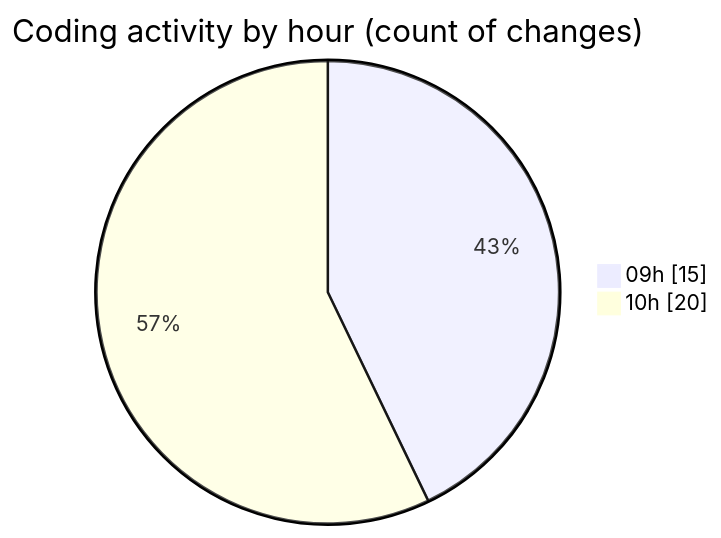
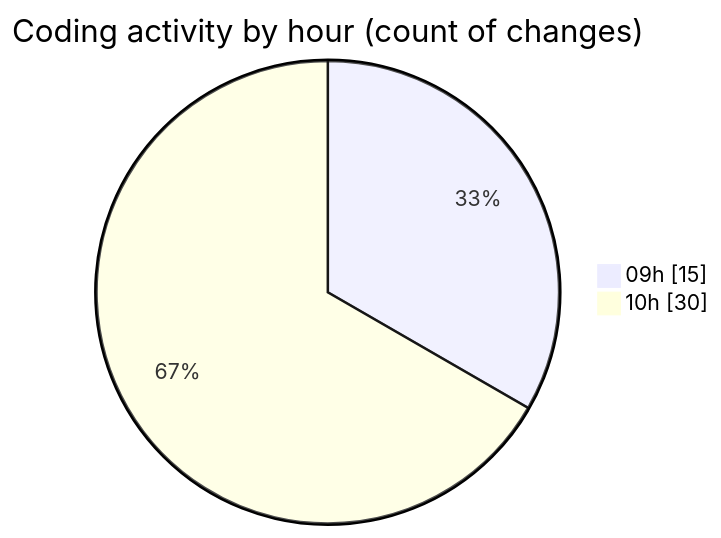
One commit to momahboobian/code-tracking changed the second of 2 diagrams in 2025-09-30/cda/README.md. Above: the diagram before and after it, drawn with Mermaid. The commit also changed other lines of this file and 1 other file, not shown here.

````diff
--- a/2025-09-30/cda/README.md
+++ b/2025-09-30/cda/README.md
@@ -29,6 +29,6 @@
 ```mermaid
 pie showData
 title Coding activity by hour (count of changes)
 "09h" : 15
-"10h" : 20
+"10h" : 30
 ```
````
